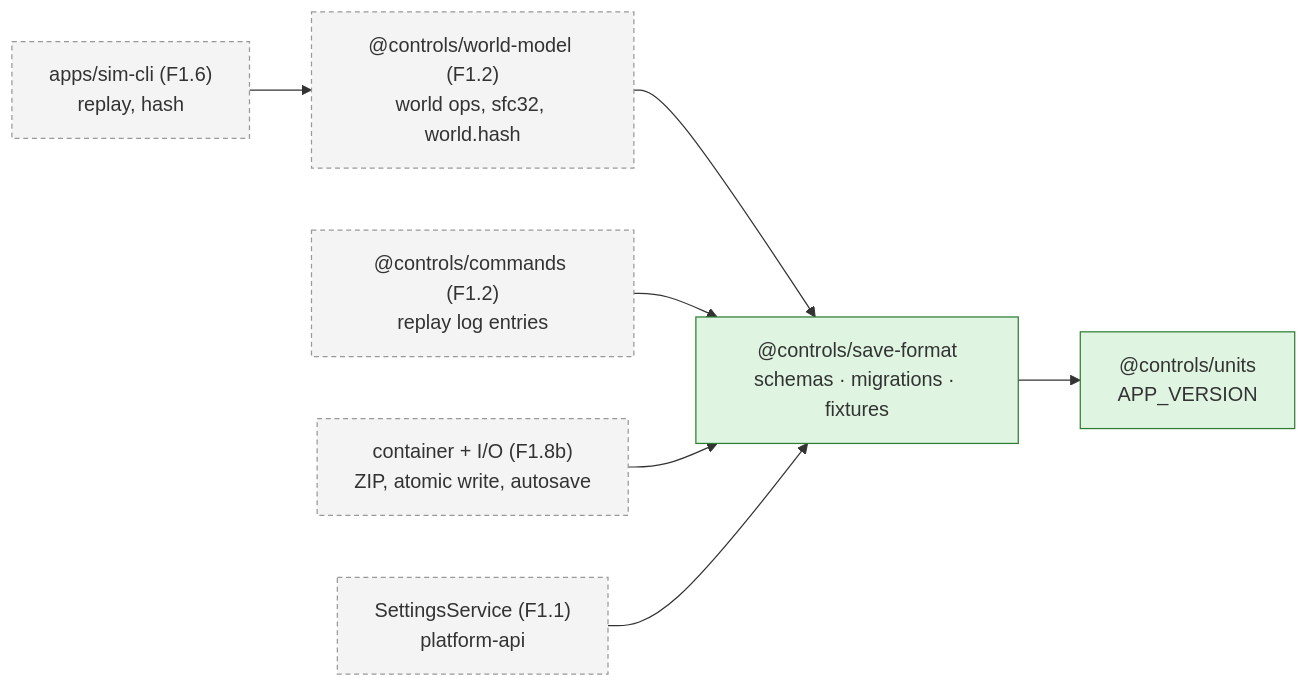
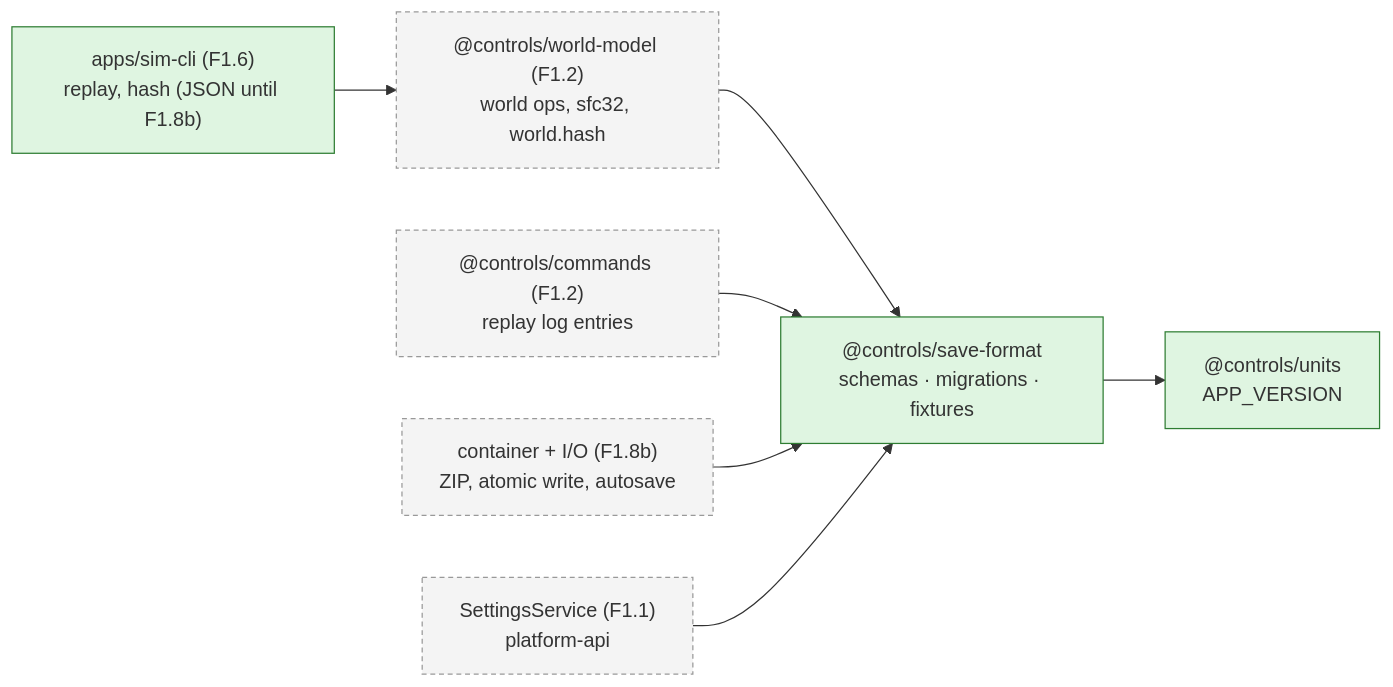
One commit to joebarbere/controls changed the third of 3 diagrams in docs/architecture/world-and-saves.md. Above: the diagram before and after it, drawn with Mermaid. The commit also changed 55 other files, not shown here.

First line of the commit message:
feat(scripting): F1.6 scripting API, console-line parser and sim-cli (#9)

````diff
--- a/docs/architecture/world-and-saves.md
+++ b/docs/architecture/world-and-saves.md
@@ -103,20 +103,20 @@
 ```mermaid
 flowchart LR
     classDef done fill:#dff5e1,stroke:#2e7d32;
     classDef later fill:#f4f4f4,stroke:#999,stroke-dasharray: 4 3;
 
     SF["@controls/save-format<br/>schemas · migrations · fixtures"]:::done
     UNITS["@controls/units<br/>APP_VERSION"]:::done
     WM["@controls/world-model (F1.2)<br/>world ops, sfc32, world.hash"]:::later
     CMD["@controls/commands (F1.2)<br/>replay log entries"]:::later
     CTR["container + I/O (F1.8b)<br/>ZIP, atomic write, autosave"]:::later
     SET["SettingsService (F1.1)<br/>platform-api"]:::later
-    CLI["apps/sim-cli (F1.6)<br/>replay, hash"]:::later
+    CLI["apps/sim-cli (F1.6)<br/>replay, hash (JSON until F1.8b)"]:::done
 
     SF --> UNITS
     WM --> SF
     CMD --> SF
     CTR --> SF
     SET --> SF
     CLI --> WM
 ```
````
